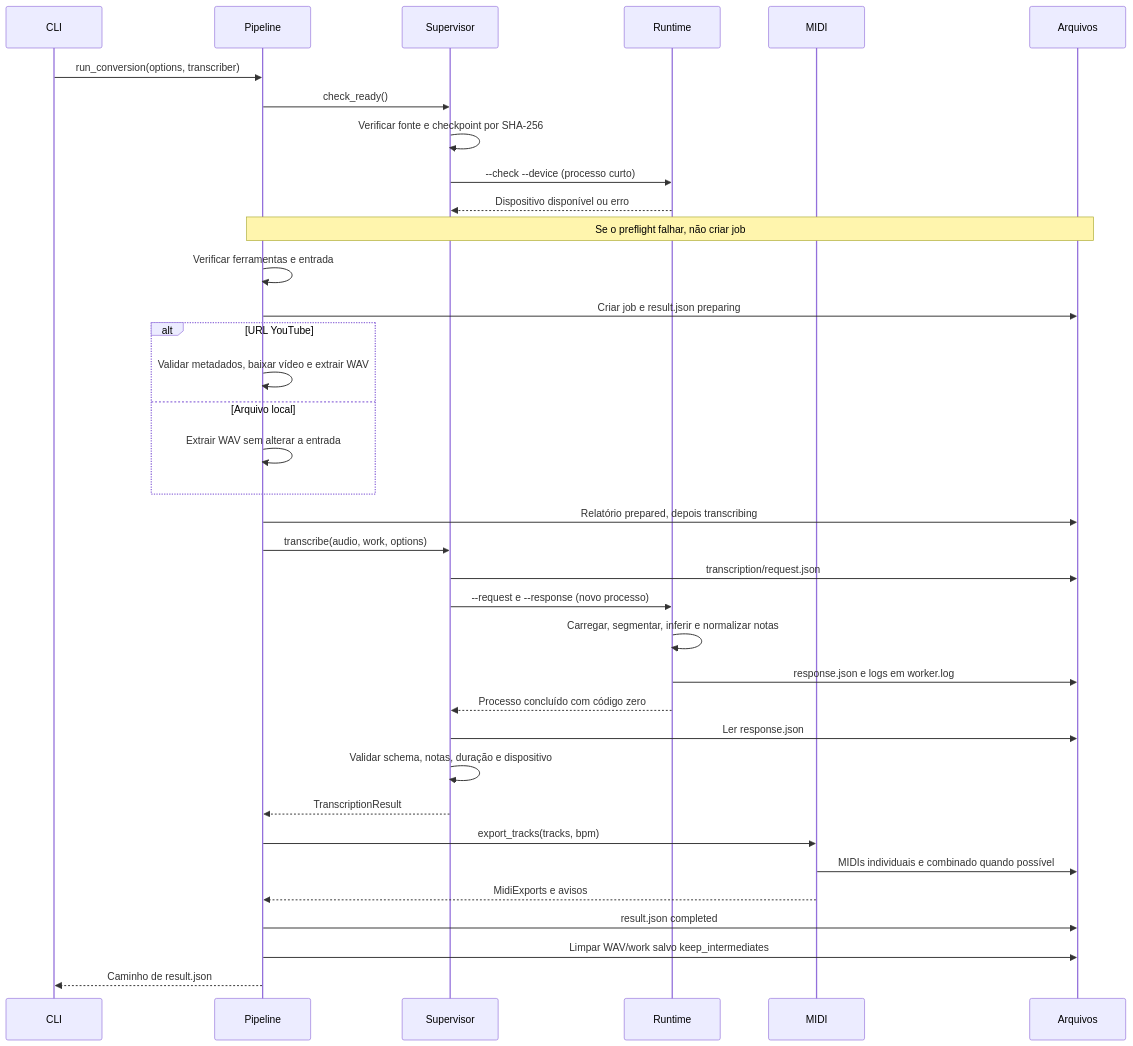
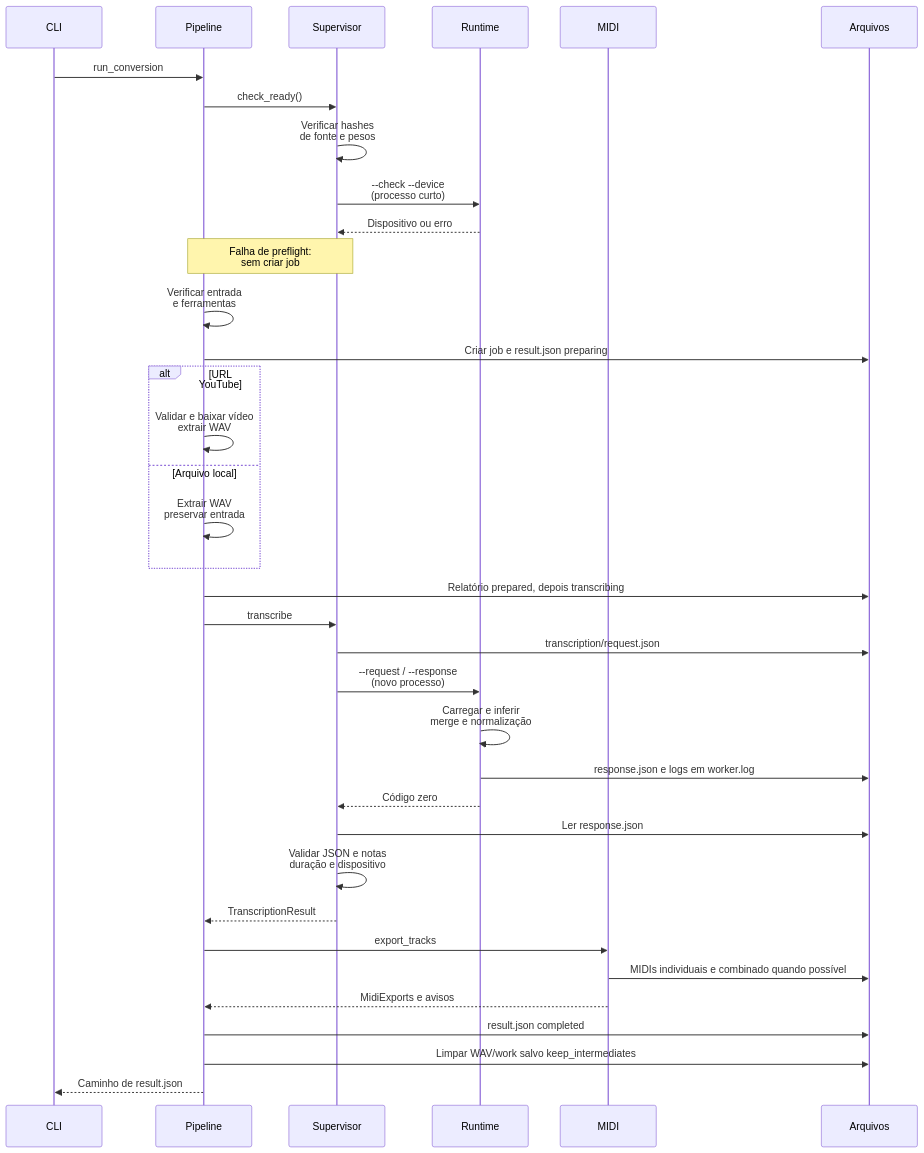
One commit to fernandosola/202611_fpo_ytmidi changed the third of 5 diagrams in docs/architecture.md. Above: the diagram before and after it, drawn with Mermaid. The commit also changed other lines of this file, not shown here.

Commit message:
Atualiza o diagrama de fluxo e a descrição do pipeline para refletir mudanças na extração e validação de WAV, além de melhorias na transcrição e exportação de MIDI.

````diff
--- a/docs/architecture.md
+++ b/docs/architecture.md
@@ -133,38 +129,38 @@
 ```mermaid
 sequenceDiagram
     participant CLI
     participant Pipeline
     participant Supervisor
     participant Runtime
     participant MIDI
     participant Arquivos
-    CLI->>Pipeline: run_conversion(options, transcriber)
+    CLI->>Pipeline: run_conversion
     Pipeline->>Supervisor: check_ready()
-    Supervisor->>Supervisor: Verificar fonte e checkpoint por SHA-256
-    Supervisor->>Runtime: --check --device (processo curto)
-    Runtime-->>Supervisor: Dispositivo disponível ou erro
-    Note over Pipeline,Arquivos: Se o preflight falhar, não criar job
-    Pipeline->>Pipeline: Verificar ferramentas e entrada
+    Supervisor->>Supervisor: Verificar hashes<br/>de fonte e pesos
+    Supervisor->>Runtime: --check --device<br/>(processo curto)
+    Runtime-->>Supervisor: Dispositivo ou erro
+    Note over Pipeline,Supervisor: Falha de preflight:<br/>sem criar job
+    Pipeline->>Pipeline: Verificar entrada<br/>e ferramentas
     Pipeline->>Arquivos: Criar job e result.json preparing
     alt URL YouTube
-        Pipeline->>Pipeline: Validar metadados, baixar vídeo e extrair WAV
+        Pipeline->>Pipeline: Validar e baixar vídeo<br/>extrair WAV
     else Arquivo local
-        Pipeline->>Pipeline: Extrair WAV sem alterar a entrada
+        Pipeline->>Pipeline: Extrair WAV<br/>preservar entrada
     end
     Pipeline->>Arquivos: Relatório prepared, depois transcribing
-    Pipeline->>Supervisor: transcribe(audio, work, options)
+    Pipeline->>Supervisor: transcribe
     Supervisor->>Arquivos: transcription/request.json
-    Supervisor->>Runtime: --request e --response (novo processo)
-    Runtime->>Runtime: Carregar, segmentar, inferir e normalizar notas
+    Supervisor->>Runtime: --request / --response<br/>(novo processo)
+    Runtime->>Runtime: Carregar e inferir<br/>merge e normalização
     Runtime->>Arquivos: response.json e logs em worker.log
-    Runtime-->>Supervisor: Processo concluído com código zero
+    Runtime-->>Supervisor: Código zero
     Supervisor->>Arquivos: Ler response.json
-    Supervisor->>Supervisor: Validar schema, notas, duração e dispositivo
+    Supervisor->>Supervisor: Validar JSON e notas<br/>duração e dispositivo
     Supervisor-->>Pipeline: TranscriptionResult
-    Pipeline->>MIDI: export_tracks(tracks, bpm)
+    Pipeline->>MIDI: export_tracks
     MIDI->>Arquivos: MIDIs individuais e combinado quando possível
     MIDI-->>Pipeline: MidiExports e avisos
     Pipeline->>Arquivos: result.json completed
     Pipeline->>Arquivos: Limpar WAV/work salvo keep_intermediates
     Pipeline-->>CLI: Caminho de result.json
 ```
````
